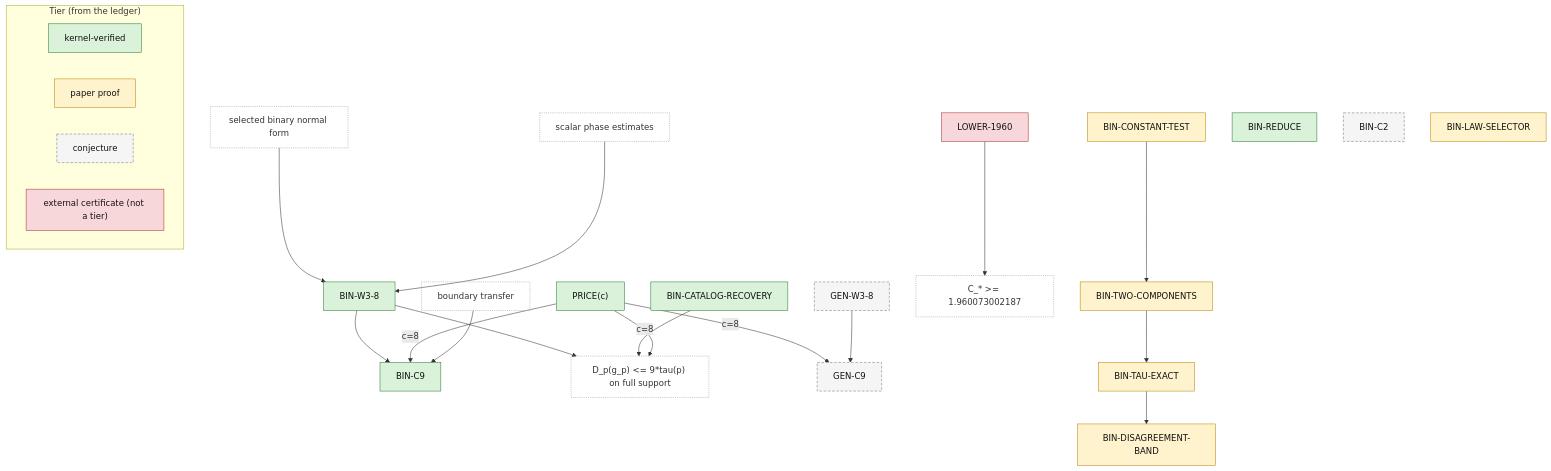
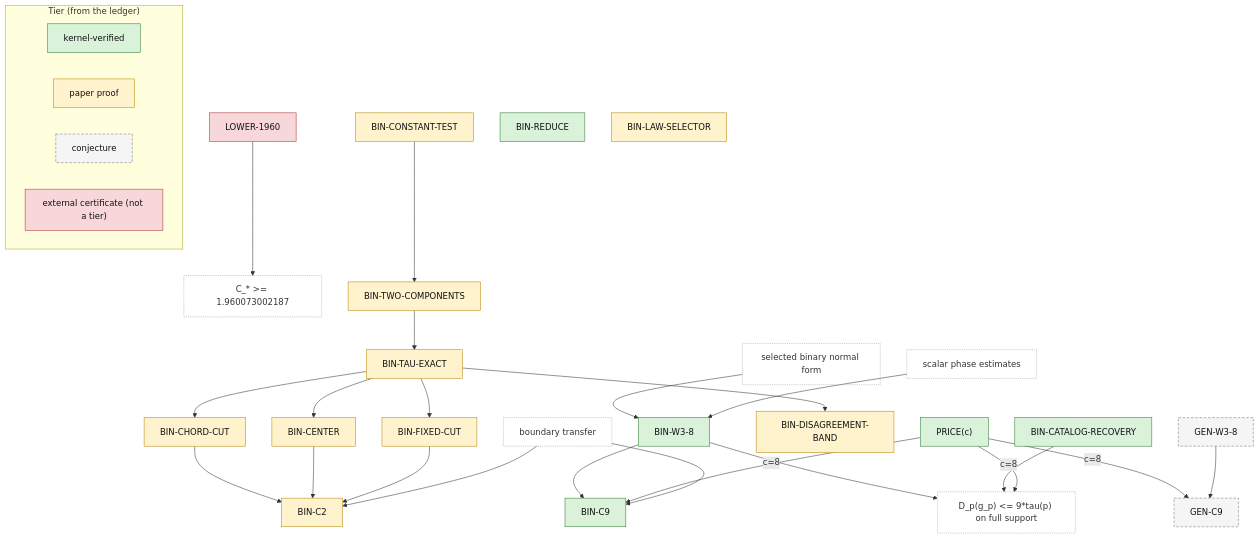
Before and after one commit to AlexisOlson/stochastic-to-deterministic-latents: the diagram in docs/claims.md, drawn with Mermaid. The commit also changed other lines of this file and 10 other files, not shown here.

````diff
--- a/docs/claims.md
+++ b/docs/claims.md
@@ -44,52 +50,62 @@
 ```mermaid
 %% Claim DAG from docs/claims.md. Edge A --> B means B depends on A.
 %% Node colour is the ledger tier; dashed plain nodes are inputs that are not claims.
 %% Generated by gen_diagrams.py; do not edit by hand.
 graph TD
   selected_binary_normal_form["selected binary normal form"]:::aux
   BIN_W3_8["BIN-W3-8"]:::kernel
   scalar_phase_estimates["scalar phase estimates"]:::aux
   BIN_C9["BIN-C9"]:::kernel
   PRICE_c["PRICE(c)"]:::kernel
   boundary_transfer["boundary transfer"]:::aux
   D_p_g_p_9_tau_p_on_full_support["D_p(g_p) <= 9*tau(p) on full support"]:::aux
   BIN_CATALOG_RECOVERY["BIN-CATALOG-RECOVERY"]:::kernel
   GEN_C9["GEN-C9"]:::conjecture
   GEN_W3_8["GEN-W3-8"]:::conjecture
   LOWER_1960["LOWER-1960"]:::external
   C_1_960073002187["C_* >= 1.960073002187"]:::aux
   BIN_CONSTANT_TEST["BIN-CONSTANT-TEST"]:::paper
   BIN_TWO_COMPONENTS["BIN-TWO-COMPONENTS"]:::paper
   BIN_TAU_EXACT["BIN-TAU-EXACT"]:::paper
   BIN_DISAGREEMENT_BAND["BIN-DISAGREEMENT-BAND"]:::paper
+  BIN_CHORD_CUT["BIN-CHORD-CUT"]:::paper
+  BIN_CENTER["BIN-CENTER"]:::paper
+  BIN_FIXED_CUT["BIN-FIXED-CUT"]:::paper
+  BIN_C2["BIN-C2"]:::paper
   BIN_REDUCE["BIN-REDUCE"]:::kernel
-  BIN_C2["BIN-C2"]:::conjecture
   BIN_LAW_SELECTOR["BIN-LAW-SELECTOR"]:::paper
   selected_binary_normal_form --> BIN_W3_8
   scalar_phase_estimates --> BIN_W3_8
   BIN_W3_8 --> BIN_C9
   PRICE_c -- "c=8" --> BIN_C9
   boundary_transfer --> BIN_C9
   BIN_W3_8 --> D_p_g_p_9_tau_p_on_full_support
   BIN_CATALOG_RECOVERY --> D_p_g_p_9_tau_p_on_full_support
   PRICE_c -- "c=8" --> D_p_g_p_9_tau_p_on_full_support
   PRICE_c -- "c=8" --> GEN_C9
   GEN_W3_8 --> GEN_C9
   LOWER_1960 --> C_1_960073002187
   BIN_CONSTANT_TEST --> BIN_TWO_COMPONENTS
   BIN_TWO_COMPONENTS --> BIN_TAU_EXACT
   BIN_TAU_EXACT --> BIN_DISAGREEMENT_BAND
+  BIN_TAU_EXACT --> BIN_CHORD_CUT
+  BIN_TAU_EXACT --> BIN_CENTER
+  BIN_TAU_EXACT --> BIN_FIXED_CUT
+  BIN_CHORD_CUT --> BIN_C2
+  BIN_CENTER --> BIN_C2
+  BIN_FIXED_CUT --> BIN_C2
+  boundary_transfer --> BIN_C2
   subgraph LEGEND["Tier (from the ledger)"]
     direction LR
     L_kernel["kernel-verified"]:::kernel
     L_paper["paper proof"]:::paper
     L_conjecture["conjecture"]:::conjecture
     L_external["external certificate (not a tier)"]:::external
   end
   classDef kernel fill:#d9f2d9,stroke:#2e7d32,color:#111;
   classDef paper fill:#fff3cd,stroke:#b8860b,color:#111;
   classDef interval fill:#dbe9ff,stroke:#1e5aa8,color:#111;
   classDef conjecture fill:#f5f5f5,stroke:#777,stroke-dasharray:5 3,color:#111;
   classDef external fill:#f8d7da,stroke:#a33,color:#111;
   classDef aux fill:none,stroke:#999,stroke-dasharray:2 2,color:#333;
 ```
````
